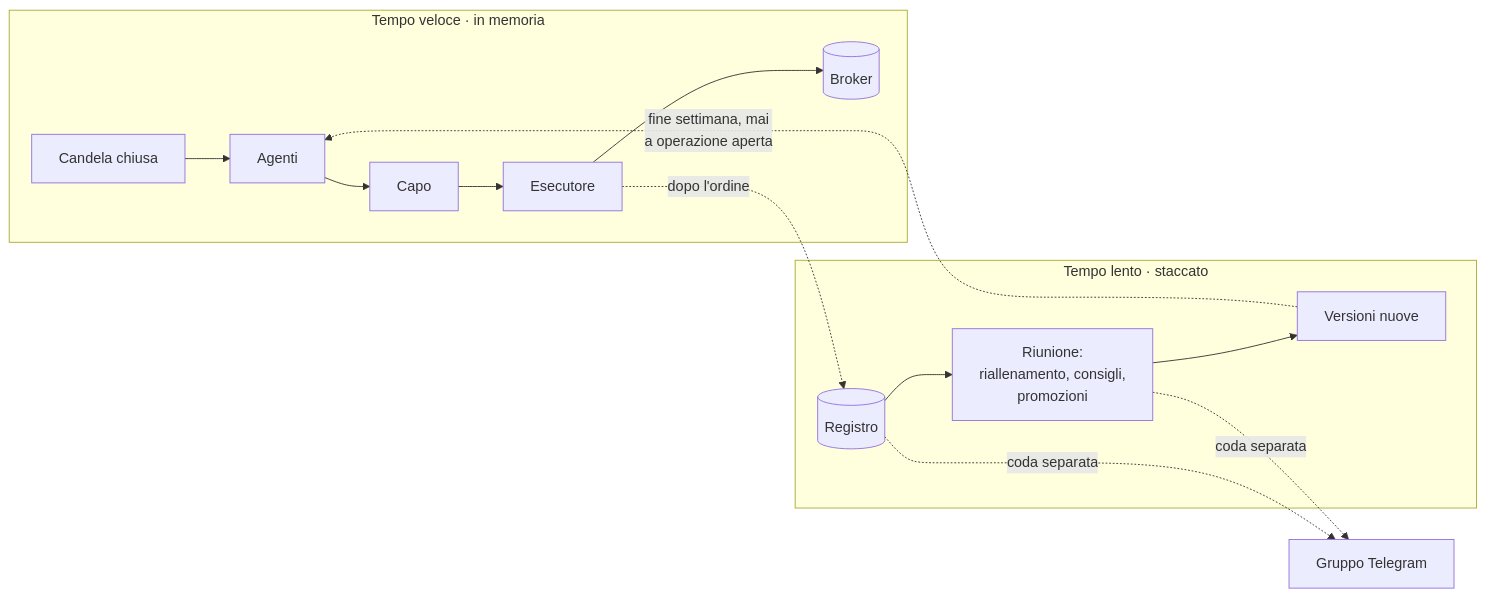
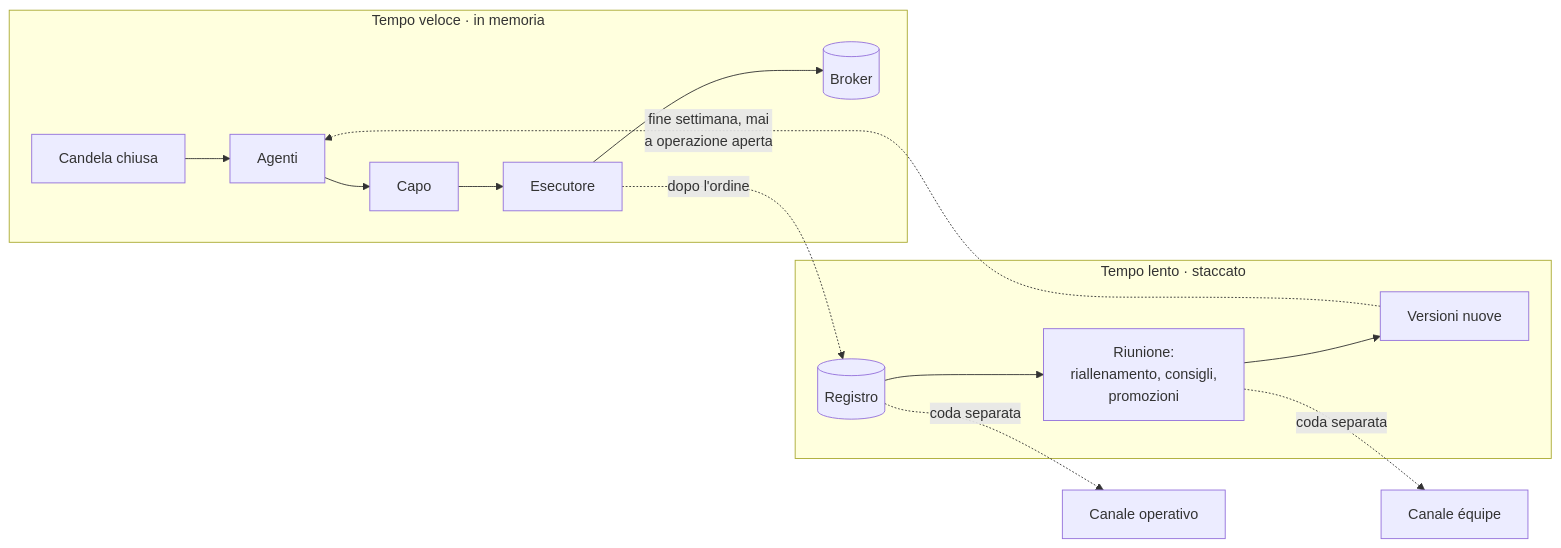
Before and after one commit to nvmelessProduction/nvmfinancebot: the diagram in PIANO.md, drawn with Mermaid. The commit also changed other lines of this file and 4 other files, not shown here.

````diff
--- a/PIANO.md
+++ b/PIANO.md
@@ -76,13 +77,13 @@
 ```mermaid
 flowchart LR
     subgraph veloce["Tempo veloce · in memoria"]
         C[Candela chiusa] --> A[Agenti] --> K[Capo] --> E[Esecutore] --> B[(Broker)]
     end
     subgraph lento["Tempo lento · staccato"]
         R[(Registro)] --> M[Riunione:<br/>riallenamento, consigli,<br/>promozioni] --> V[Versioni nuove]
     end
     E -. dopo l'ordine .-> R
     V -. fine settimana, mai<br/>a operazione aperta .-> A
-    R -. coda separata .-> T[Gruppo Telegram]
-    M -. coda separata .-> T
+    R -. coda separata .-> T1[Canale operativo]
+    M -. coda separata .-> T2[Canale équipe]
 ```
````
